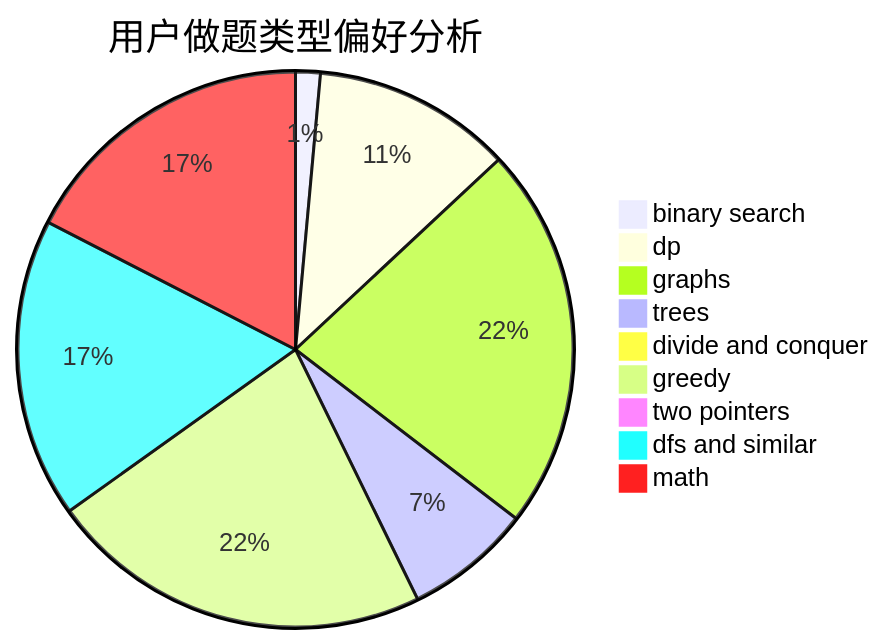
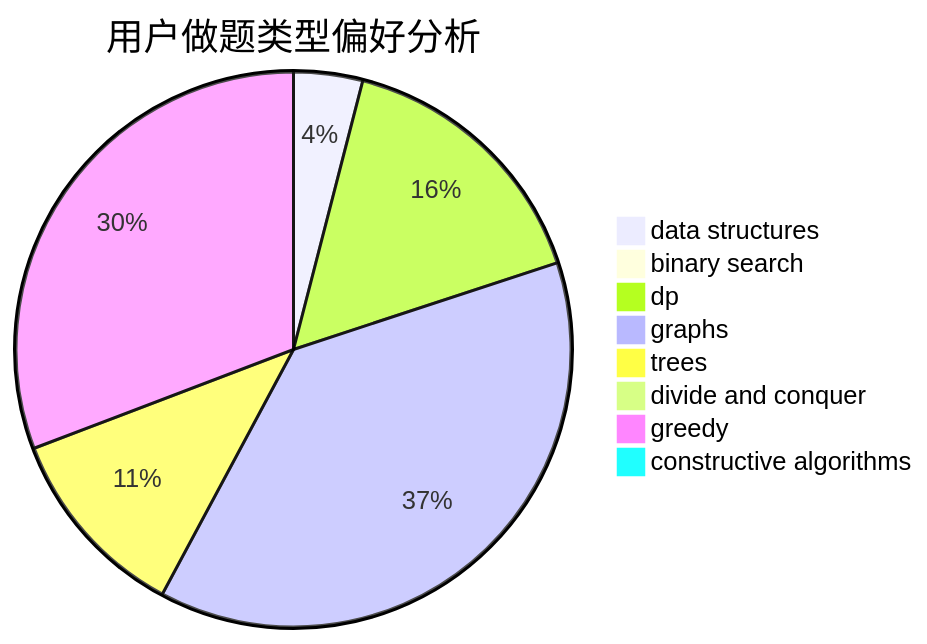
Before and after one commit to sherpahu/cfrs.github.io: the second of 3 diagrams in docs/user/u787.md, drawn with Mermaid. The commit also changed other lines of this file and 2775 other files, not shown here.

````diff
--- a/docs/user/u787.md
+++ b/docs/user/u787.md
@@ -23,12 +23,11 @@
 ```mermaid
 pie title 用户做题类型偏好分析
-    "binary search" :  19
-    "dp" :  153
-    "graphs" :  295
-    "trees" :  97
+    "data structures" :  30
+    "binary search" :  6
+    "dp" :  119
+    "graphs" :  283
+    "trees" :  85
     "divide and conquer" :  5
-    "greedy" :  295
-    "two pointers" :  10
-    "dfs and similar" :  230
-    "math" :  230
+    "greedy" :  230
+    "constructive algorithms" :  1
 ```
````
